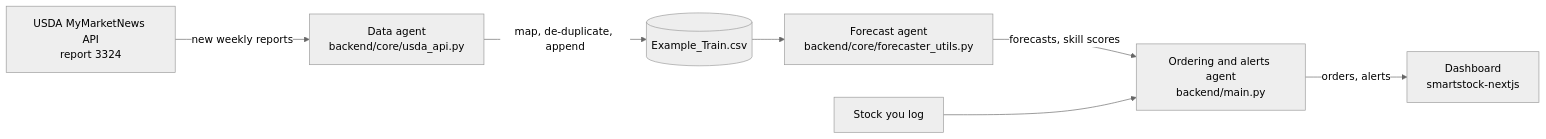
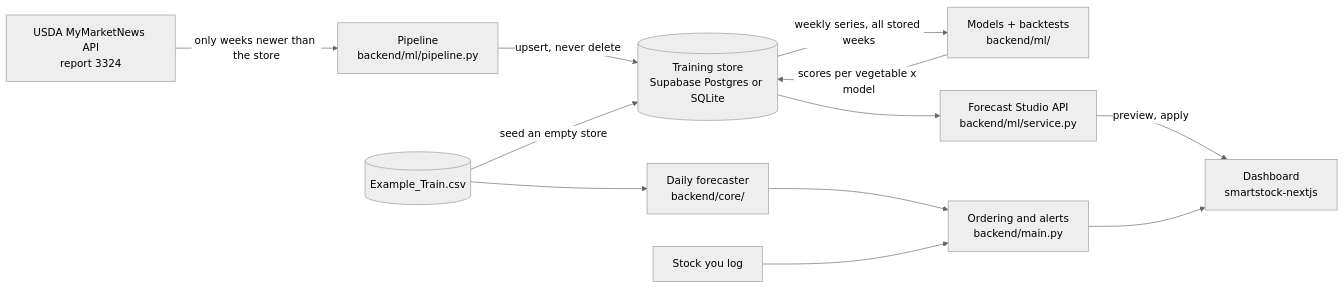
Before and after one commit to atanwar8/Smart-Stock-AI: the diagram in README.md, drawn with Mermaid (neutral theme). The commit also changed other lines of this file and 7 other files, not shown here.

First line of the commit message:
docs: model guide, training store ADR, README and handoff status

````diff
--- a/README.md
+++ b/README.md
@@ -24,9 +24,14 @@
 ```mermaid
 flowchart LR
-    USDA[USDA MyMarketNews API<br/>report 3324] -->|new weekly reports| D[Data agent<br/>backend/core/usda_api.py]
-    D -->|map, de-duplicate, append| CSV[(Example_Train.csv)]
-    CSV --> F[Forecast agent<br/>backend/core/forecaster_utils.py]
-    F -->|forecasts, skill scores| O[Ordering and alerts agent<br/>backend/main.py]
+    USDA[USDA MyMarketNews API<br/>report 3324] -->|only weeks newer than the store| P[Pipeline<br/>backend/ml/pipeline.py]
+    P -->|upsert, never delete| DB[(Training store<br/>Supabase Postgres or SQLite)]
+    DB -->|weekly series, all stored weeks| ML[Models + backtests<br/>backend/ml/]
+    ML -->|scores per vegetable x model| DB
+    DB --> S[Forecast Studio API<br/>backend/ml/service.py]
+    S -->|preview, apply| UI[Dashboard<br/>smartstock-nextjs]
+    CSV[(Example_Train.csv)] -->|seed an empty store| DB
+    CSV --> F[Daily forecaster<br/>backend/core/]
+    F --> O[Ordering and alerts<br/>backend/main.py]
     INV[Stock you log] --> O
-    O -->|orders, alerts| UI[Dashboard<br/>smartstock-nextjs]
+    O --> UI
 ```
````
